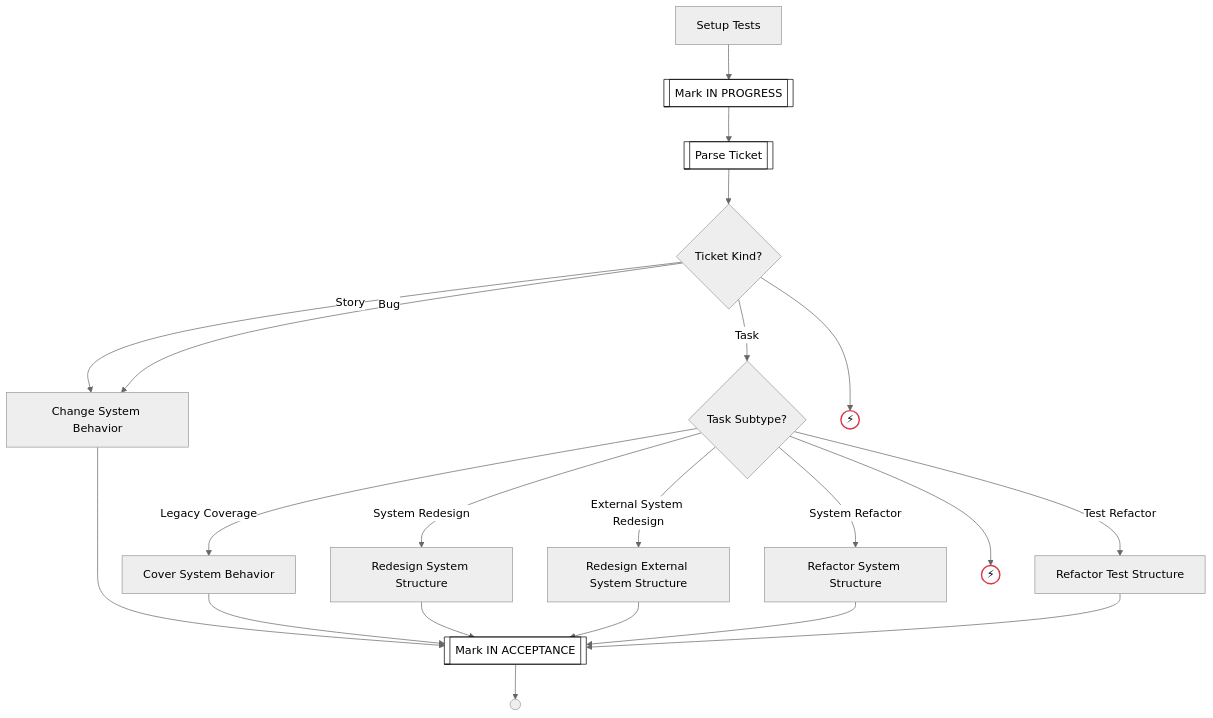
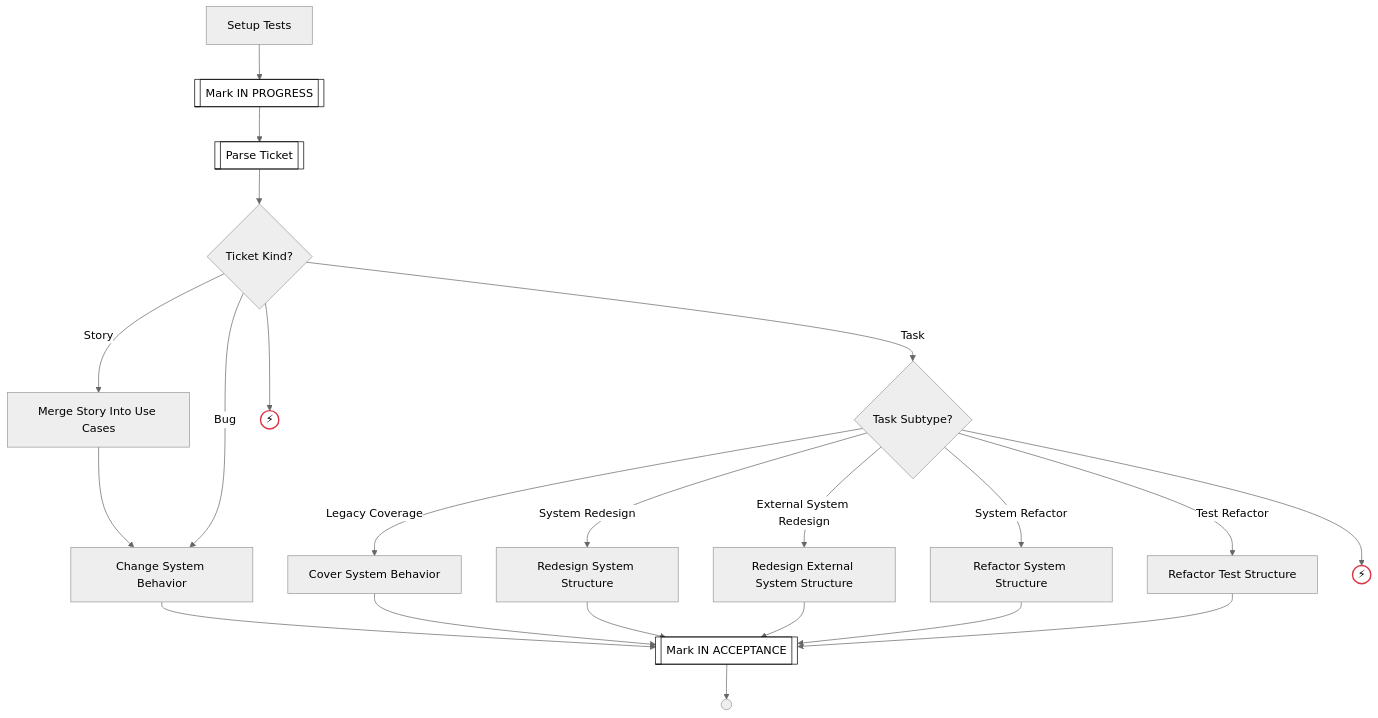
The fourth of 57 diagrams in docs/process-diagram.md (optivem/gh-optivem), drawn with Mermaid (neutral theme) before and after one commit. The commit also changed other lines of this file and 13 other files, not shown here.

Commit message:
atdd: regenerate process-flow diagram

````diff
--- a/docs/process-diagram.md
+++ b/docs/process-diagram.md
@@ -89,45 +89,47 @@
 ```mermaid
 flowchart TD
     SETUP_TESTS[Setup Tests]
     MARK_IN_PROGRESS[[Mark IN PROGRESS]]
     PARSE_TICKET[[Parse Ticket]]
     GATE_TICKET_KIND{Ticket Kind?}
+    MERGE_STORY_INTO_USE_CASES[Merge Story Into Use Cases]
     CHANGE_SYSTEM_BEHAVIOR[Change System Behavior]
     GATE_TASK_SUBTYPE{Task Subtype?}
     UNKNOWN_TICKET_KIND((⚡))
     MARK_IN_ACCEPTANCE[[Mark IN ACCEPTANCE]]
     COVER_SYSTEM_BEHAVIOR[Cover System Behavior]
     REDESIGN_SYSTEM_STRUCTURE[Redesign System Structure]
     REDESIGN_EXTERNAL_SYSTEM_STRUCTURE[Redesign External System Structure]
     REFACTOR_SYSTEM_STRUCTURE[Refactor System Structure]
     REFACTOR_TEST_STRUCTURE[Refactor Test Structure]
     UNKNOWN_TASK_SUBTYPE((⚡))
     IMPLEMENT_TICKET_END(( ))
 
     SETUP_TESTS --> MARK_IN_PROGRESS
     MARK_IN_PROGRESS --> PARSE_TICKET
     PARSE_TICKET --> GATE_TICKET_KIND
-    GATE_TICKET_KIND -- Story --> CHANGE_SYSTEM_BEHAVIOR
+    GATE_TICKET_KIND -- Story --> MERGE_STORY_INTO_USE_CASES
+    MERGE_STORY_INTO_USE_CASES --> CHANGE_SYSTEM_BEHAVIOR
     GATE_TICKET_KIND -- Bug --> CHANGE_SYSTEM_BEHAVIOR
     GATE_TICKET_KIND -- Task --> GATE_TASK_SUBTYPE
     GATE_TICKET_KIND --> UNKNOWN_TICKET_KIND
     GATE_TASK_SUBTYPE -- Legacy Coverage --> COVER_SYSTEM_BEHAVIOR
     GATE_TASK_SUBTYPE -- System Redesign --> REDESIGN_SYSTEM_STRUCTURE
     GATE_TASK_SUBTYPE -- External System Redesign --> REDESIGN_EXTERNAL_SYSTEM_STRUCTURE
     GATE_TASK_SUBTYPE -- System Refactor --> REFACTOR_SYSTEM_STRUCTURE
     GATE_TASK_SUBTYPE -- Test Refactor --> REFACTOR_TEST_STRUCTURE
     GATE_TASK_SUBTYPE --> UNKNOWN_TASK_SUBTYPE
     CHANGE_SYSTEM_BEHAVIOR --> MARK_IN_ACCEPTANCE
     COVER_SYSTEM_BEHAVIOR --> MARK_IN_ACCEPTANCE
     REDESIGN_SYSTEM_STRUCTURE --> MARK_IN_ACCEPTANCE
     REDESIGN_EXTERNAL_SYSTEM_STRUCTURE --> MARK_IN_ACCEPTANCE
     REFACTOR_SYSTEM_STRUCTURE --> MARK_IN_ACCEPTANCE
     REFACTOR_TEST_STRUCTURE --> MARK_IN_ACCEPTANCE
     MARK_IN_ACCEPTANCE --> IMPLEMENT_TICKET_END
 
     classDef serviceNode fill:#ffffff,stroke:#000000,stroke-width:1px,color:#000000
     class MARK_IN_ACCEPTANCE,MARK_IN_PROGRESS,PARSE_TICKET serviceNode
 
     classDef errorEndNode fill:#ffffff,stroke:#dc3545,stroke-width:2px,color:#000000
     class UNKNOWN_TASK_SUBTYPE,UNKNOWN_TICKET_KIND errorEndNode
 ```
````
